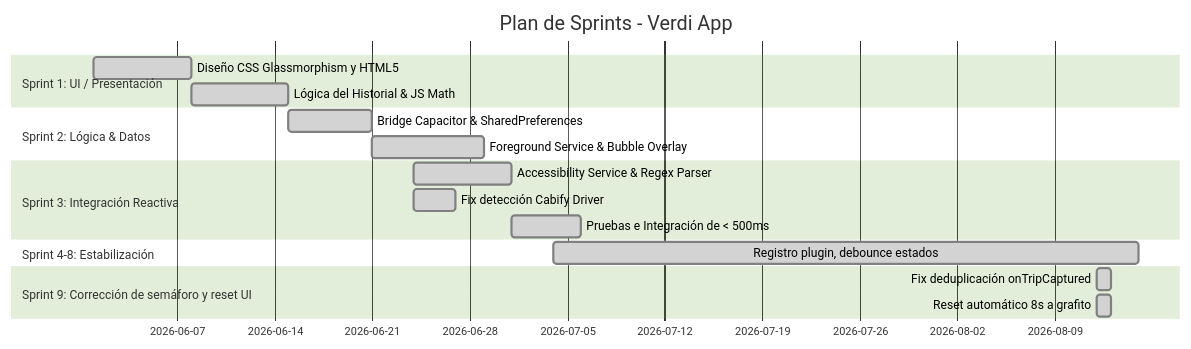
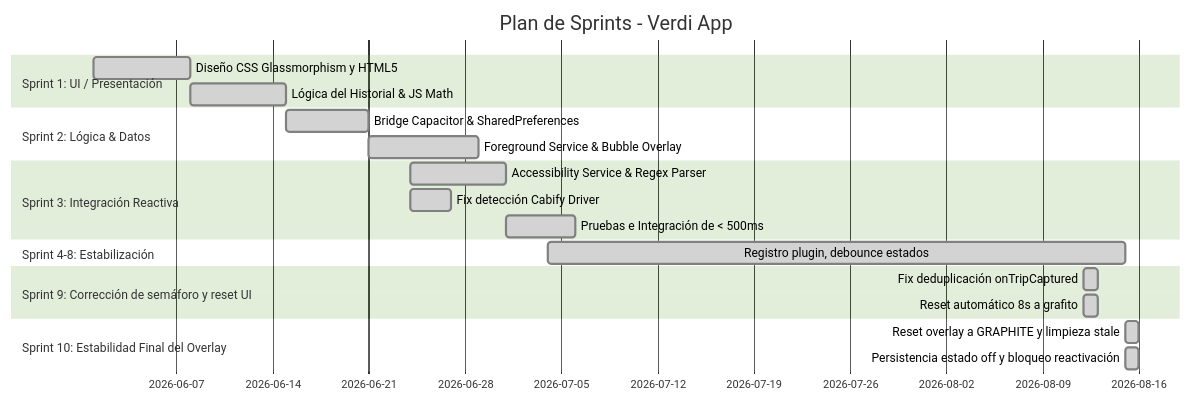
One commit to JorgeFreire95/Verdi changed the second of 2 diagrams in README.md. Above: the diagram before and after it, drawn with Mermaid (forest theme). The commit also changed other lines of this file, not shown here.

````diff
--- a/README.md
+++ b/README.md
@@ -86,20 +86,23 @@
 ```mermaid
 gantt
     title Plan de Sprints - Verdi App
     dateFormat  YYYY-MM-DD
     section Sprint 1: UI / Presentación
     Diseño CSS Glassmorphism y HTML5    :done, s1, 2026-06-01, 7d
     Lógica del Historial & JS Math      :done, s2, after s1, 7d
     section Sprint 2: Lógica & Datos
     Bridge Capacitor & SharedPreferences :done, s3, 2026-06-15, 6d
     Foreground Service & Bubble Overlay  :done, s4, after s3, 8d
     section Sprint 3: Integración Reactiva
     Accessibility Service & Regex Parser :done, s5, 2026-06-24, 7d
     Fix detección Cabify Driver          :done, s6, 2026-06-24, 3d
     Pruebas e Integración de < 500ms     :done, s7, after s5, 5d
     section Sprint 4-8: Estabilización
     Registro plugin, debounce estados    :done, s8, 2026-07-04, 42d
     section Sprint 9: Corrección de semáforo y reset UI
     Fix deduplicación onTripCaptured     :done, s9, 2026-08-12, 1d
     Reset automático 8s a grafito        :done, s10, 2026-08-12, 1d
+    section Sprint 10: Estabilidad Final del Overlay
+    Reset overlay a GRAPHITE y limpieza stale :done, s11, 2026-08-15, 1d
+    Persistencia estado off y bloqueo reactivación :done, s12, 2026-08-15, 1d
 ```
````
